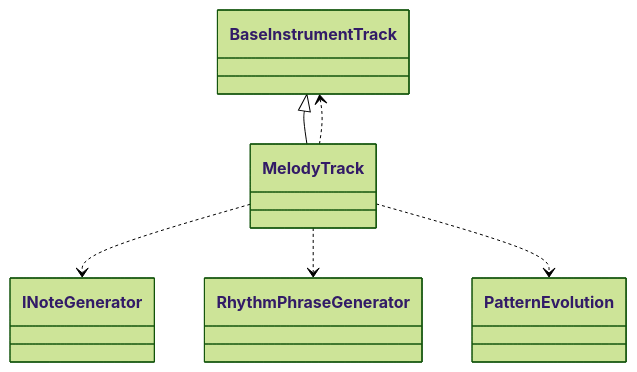
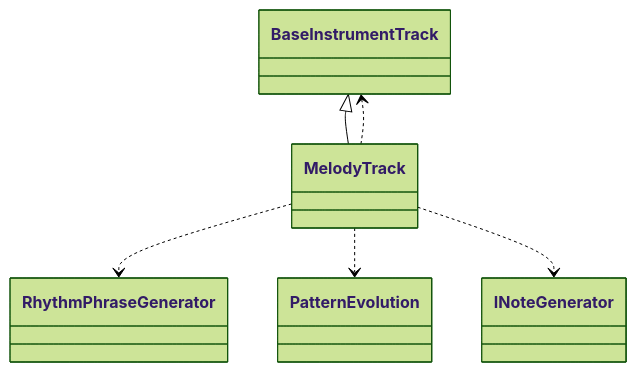
One commit to schnock-art/project_inspector changed the fourth of 31 diagrams in test/test.md. Above: the diagram before and after it, drawn with Mermaid (forest theme). The commit also changed other lines of this file and 2 other files, not shown here.

Commit message:
Fixed empyt mermaid diagrams

````diff
--- a/test/test.md
+++ b/test/test.md
@@ -200,8 +199,8 @@
 ```mermaid
 classDiagram
 BaseInstrumentTrack <|-- MelodyTrack
+MelodyTrack ..> RhythmPhraseGenerator
+MelodyTrack ..> PatternEvolution
 MelodyTrack ..> INoteGenerator
 MelodyTrack ..> BaseInstrumentTrack
-MelodyTrack ..> RhythmPhraseGenerator
-MelodyTrack ..> PatternEvolution
 ```
````
